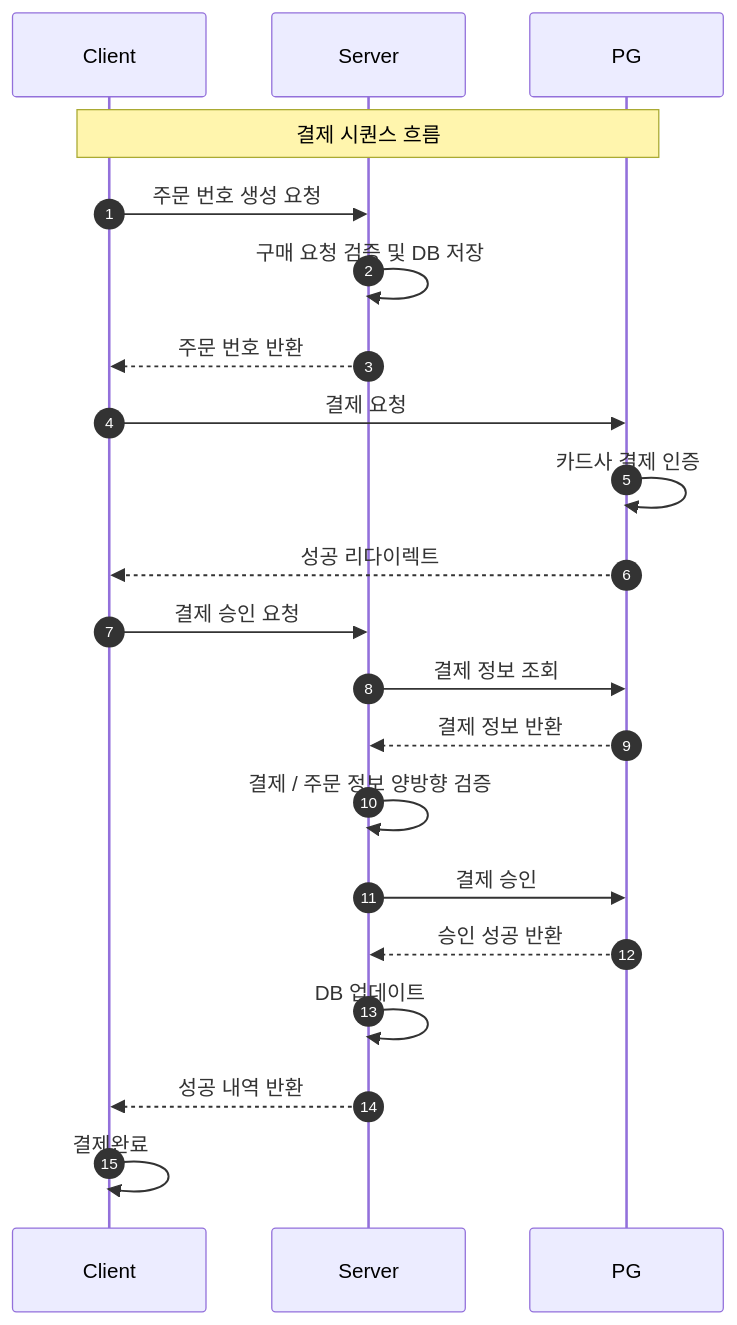
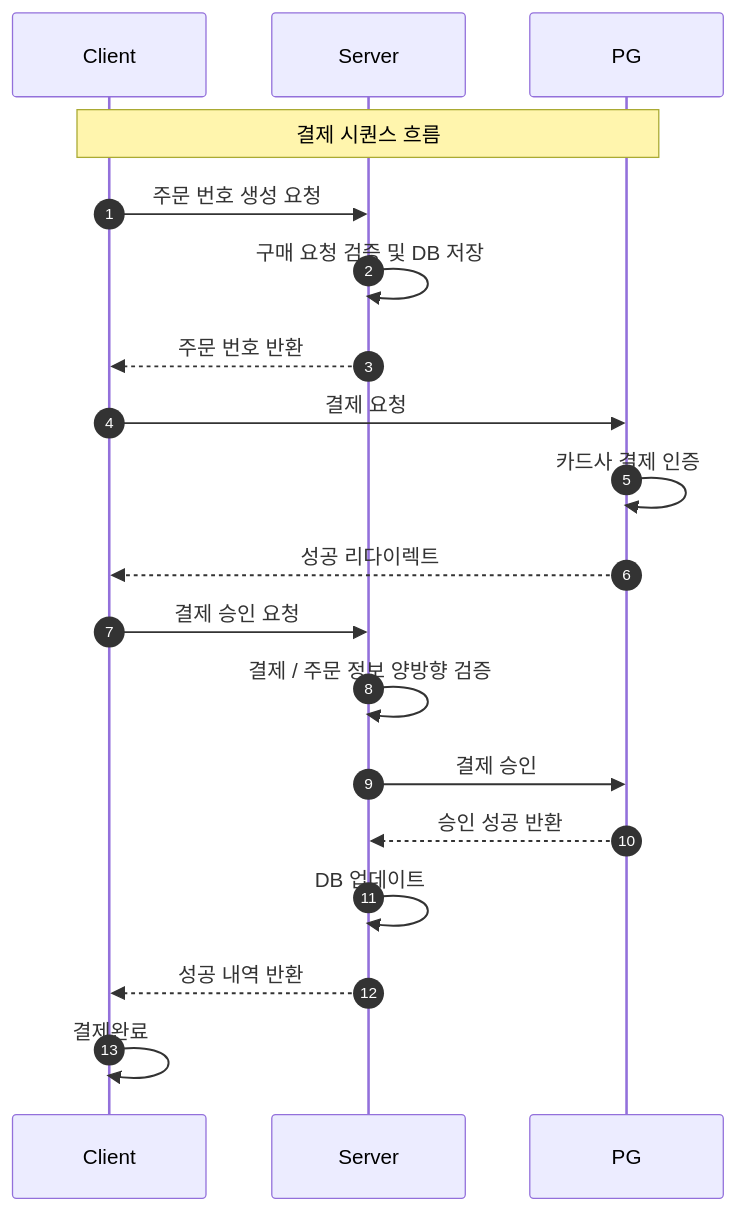
Before and after one commit to hyoguoo/payment-platform: the fourth of 4 diagrams in README.md, drawn with Mermaid. The commit also changed other lines of this file, not shown here.

````diff
--- a/README.md
+++ b/README.md
@@ -262,23 +179,21 @@
 ```mermaid
 sequenceDiagram
     autonumber
     participant C as Client
     participant S as Server
     participant T as PG
     Note over C, T: 결제 시퀀스 흐름
     C ->> S: 주문 번호 생성 요청
     S ->> S: 구매 요청 검증 및 DB 저장
     S -->> C: 주문 번호 반환
     C ->> T: 결제 요청
     T ->> T: 카드사 결제 인증
     T -->> C: 성공 리다이렉트
     C ->> S: 결제 승인 요청
-    S ->> T: 결제 정보 조회
-    T -->> S: 결제 정보 반환
     S ->> S: 결제 / 주문 정보 양방향 검증
     S ->> T: 결제 승인
     T -->> S: 승인 성공 반환
     S ->> S: DB 업데이트
     S -->> C: 성공 내역 반환
     C ->> C: 결제완료
 ```
````
